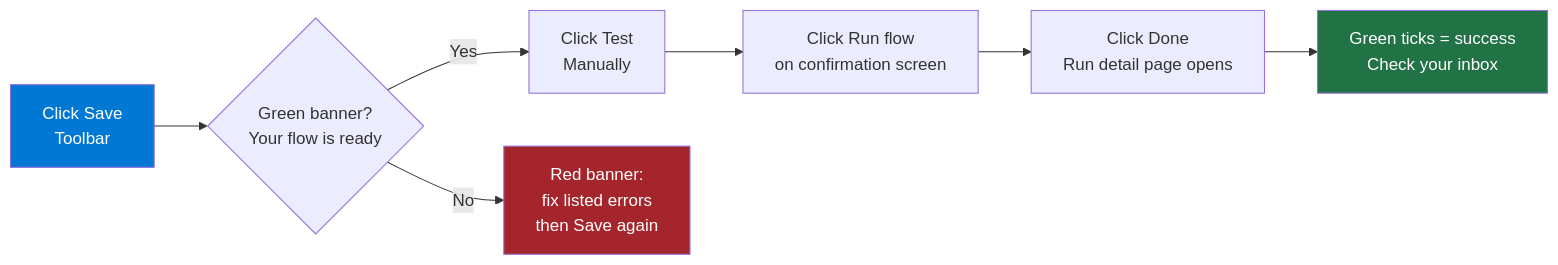
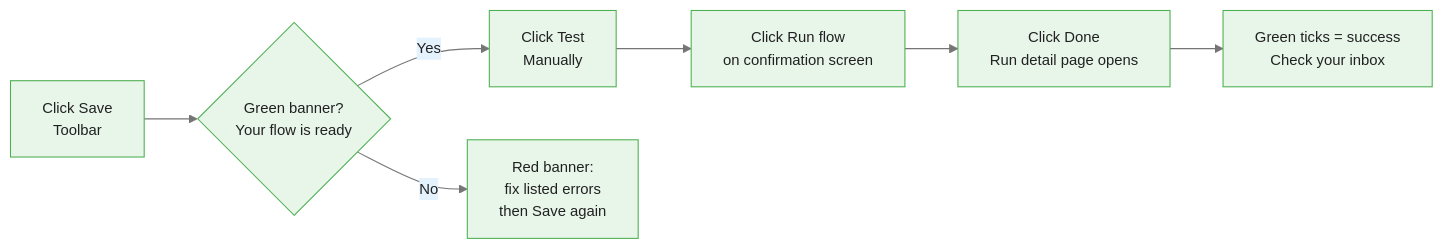
Before and after one commit to m-deane/course-creator: the fifth of 6 diagrams in courses/power-automate/modules/module_01_first_cloud_flow/guides/01_creating_first_flow_slides.md, drawn with Mermaid. The commit also changed other lines of this file and 72 other files, not shown here.

````diff
--- a/courses/power-automate/modules/module_01_first_cloud_flow/guides/01_creating_first_flow_slides.md
+++ b/courses/power-automate/modules/module_01_first_cloud_flow/guides/01_creating_first_flow_slides.md
@@ -286,12 +321,10 @@
 ```mermaid
+%%{init: {"theme": "base", "themeVariables": {"primaryColor": "#e8f5e9", "primaryBorderColor": "#4caf50", "primaryTextColor": "#212121", "secondaryColor": "#e3f2fd", "tertiaryColor": "#fff8e1", "lineColor": "#757575", "fontFamily": "Inter, sans-serif", "fontSize": "14px"}}}%%
 graph LR
     S["Click Save\nToolbar"] --> C{"Green banner?\nYour flow is ready"}
     C -->|Yes| T["Click Test\nManually"]
     C -->|No| F["Red banner:\nfix listed errors\nthen Save again"]
     T --> R["Click Run flow\non confirmation screen"]
     R --> D["Click Done\nRun detail page opens"]
     D --> E["Green ticks = success\nCheck your inbox"]
-    style S fill:#0078D4,color:#fff
-    style E fill:#217346,color:#fff
-    style F fill:#A4262C,color:#fff
 ```
````
